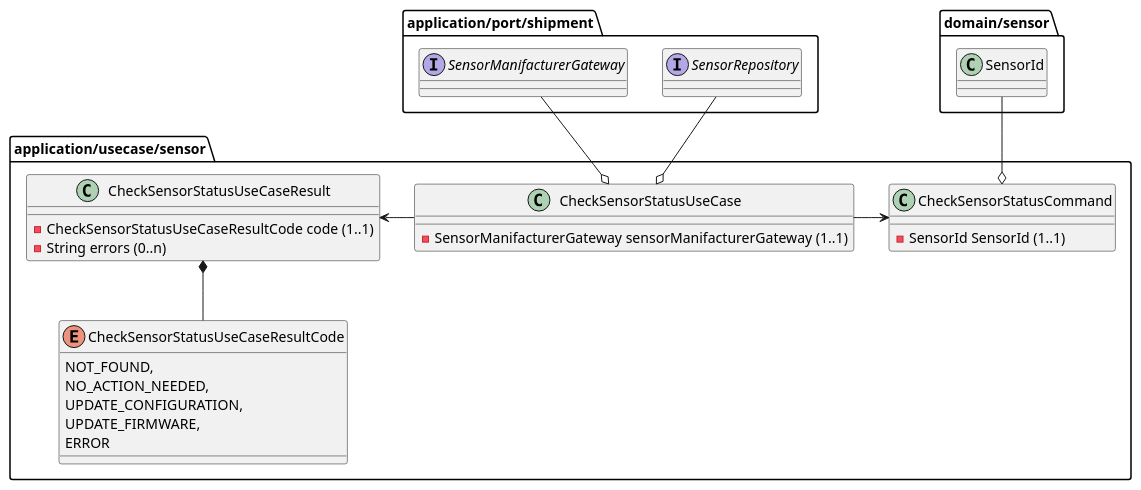
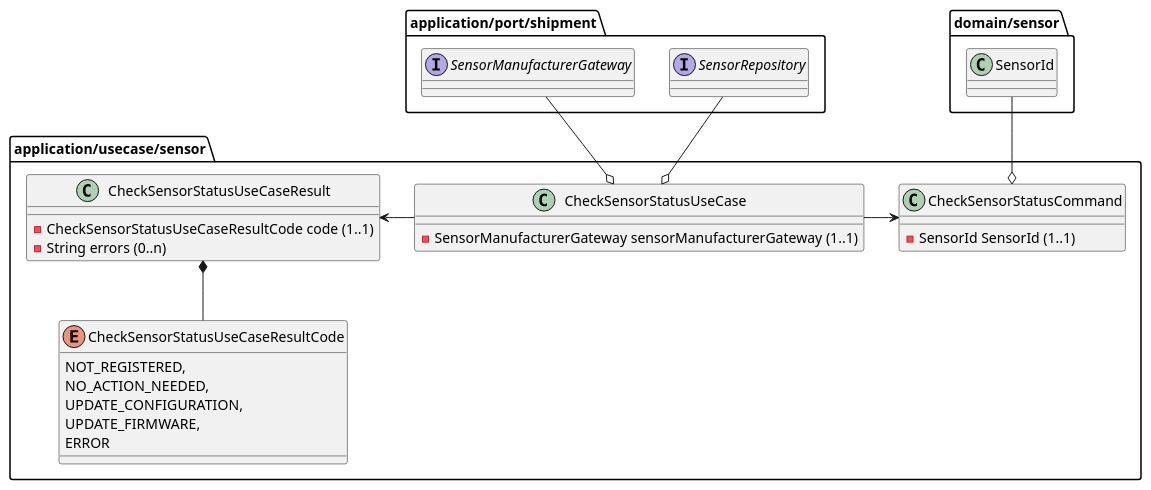
The diagram in docs/diagrams/ClassDiagramCheckSensorStatus.puml (AboutCodingBE/validation-excercise), drawn with PlantUML before and after one commit. The commit also changed 17 other files, not shown here.

Commit message:
Implemented CheckSensorStatusUseCase

```diff
--- a/docs/diagrams/ClassDiagramCheckSensorStatus.puml
+++ b/docs/diagrams/ClassDiagramCheckSensorStatus.puml
@@ -1,43 +1,43 @@
 @startuml
 
 package application/usecase/sensor {
   class CheckSensorStatusCommand {
     -SensorId SensorId (1..1)
   }
 
   class CheckSensorStatusUseCase {
-    -SensorManifacturerGateway sensorManifacturerGateway (1..1)
+    -SensorManufacturerGateway sensorManufacturerGateway (1..1)
   }
 
   class CheckSensorStatusUseCaseResult {
     -CheckSensorStatusUseCaseResultCode code (1..1)
     -String errors (0..n)
   }
 
   enum CheckSensorStatusUseCaseResultCode {
-    NOT_FOUND,
+    NOT_REGISTERED,
     NO_ACTION_NEEDED,
     UPDATE_CONFIGURATION,
     UPDATE_FIRMWARE,
     ERROR
   }
 
   CheckSensorStatusUseCase -right-> CheckSensorStatusCommand
   CheckSensorStatusUseCase -left-> CheckSensorStatusUseCaseResult
 
   CheckSensorStatusUseCaseResult *-down- CheckSensorStatusUseCaseResultCode
 }
 
 package application/port/shipment {
-    interface SensorManifacturerGateway
+    interface SensorManufacturerGateway
     interface SensorRepository
 }
 
 package domain/sensor {
   class SensorId
 }
 
 CheckSensorStatusCommand o-up- SensorId
-CheckSensorStatusUseCase o-up- SensorManifacturerGateway
+CheckSensorStatusUseCase o-up- SensorManufacturerGateway
 CheckSensorStatusUseCase o-up- SensorRepository
 @enduml
```
